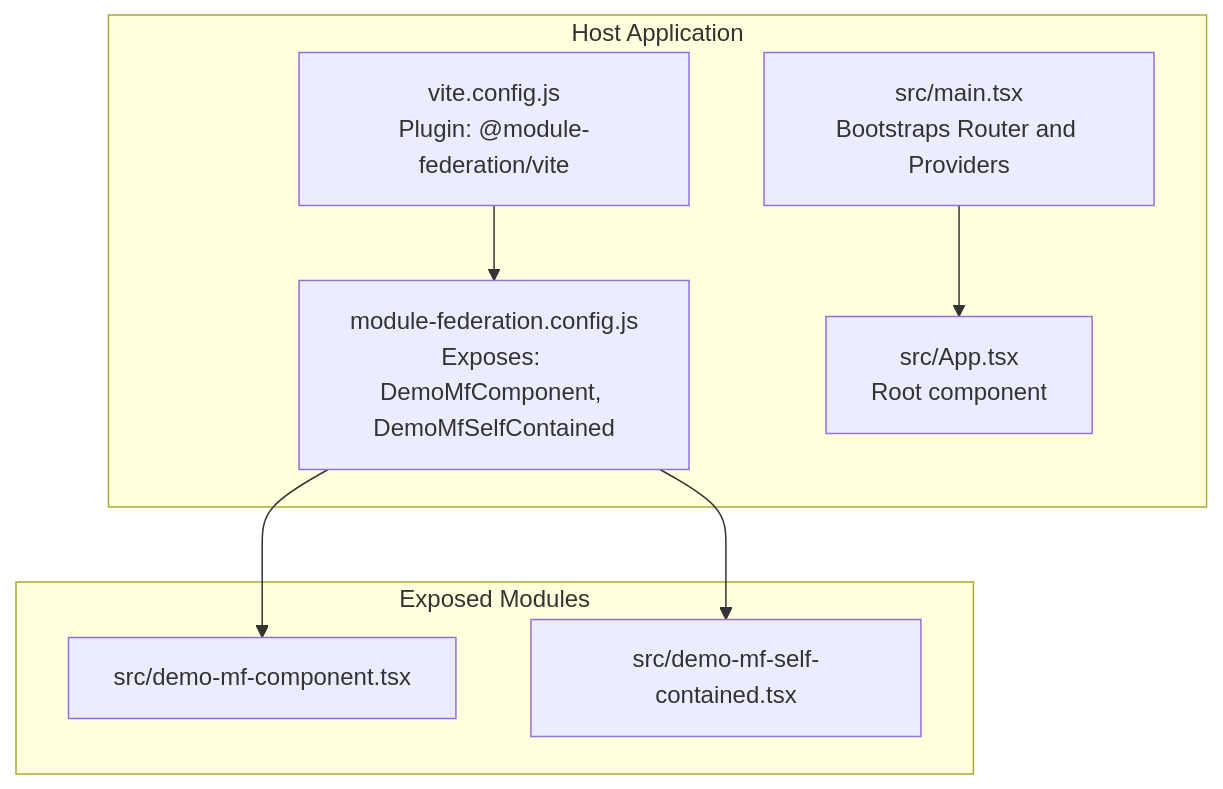
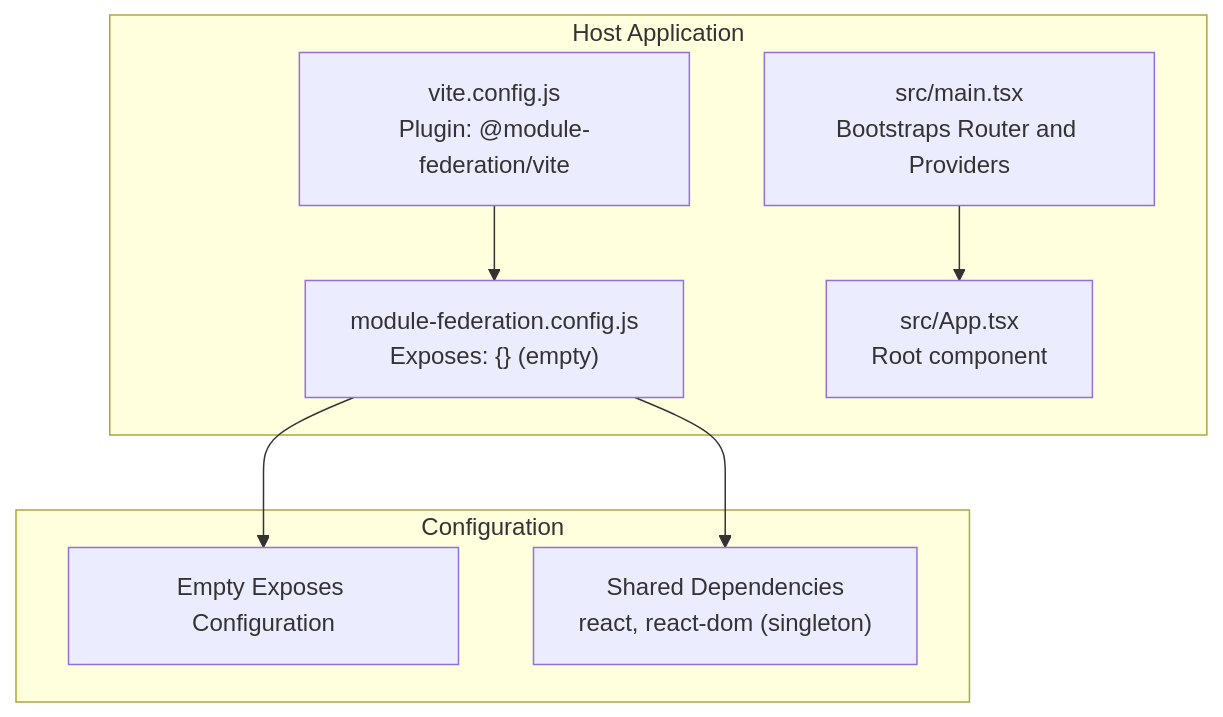
The first of 4 diagrams in .qoder/repowiki/en/content/Advanced Features/Module Federation.md (DoVuDung/cv-portfolio-builder), drawn with Mermaid before and after one commit. The commit also changed other lines of this file and 8 other files, not shown here.

First line of the commit message:
docs(module-federation): update documentation to reflect current empty configuration

````diff
--- a/.qoder/repowiki/en/content/Advanced Features/Module Federation.md
+++ b/.qoder/repowiki/en/content/Advanced Features/Module Federation.md
@@ -41,17 +46,17 @@
 ```mermaid
 graph TB
 subgraph "Host Application"
 A["vite.config.js<br/>Plugin: @module-federation/vite"]
-B["module-federation.config.js<br/>Exposes: DemoMfComponent, DemoMfSelfContained"]
+B["module-federation.config.js<br/>Exposes: {} (empty)"]
 C["src/main.tsx<br/>Bootstraps Router and Providers"]
 D["src/App.tsx<br/>Root component"]
 end
-subgraph "Exposed Modules"
-E["src/demo-mf-component.tsx"]
-F["src/demo-mf-self-contained.tsx"]
+subgraph "Configuration"
+E["Empty Exposes Configuration"]
+F["Shared Dependencies<br/>react, react-dom (singleton)"]
 end
 A --> B
 B --> E
 B --> F
 C --> D
 ```
````
